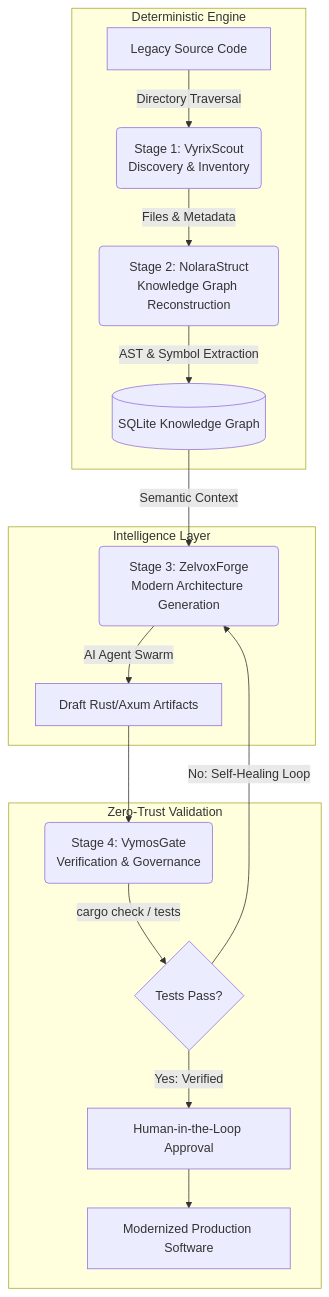
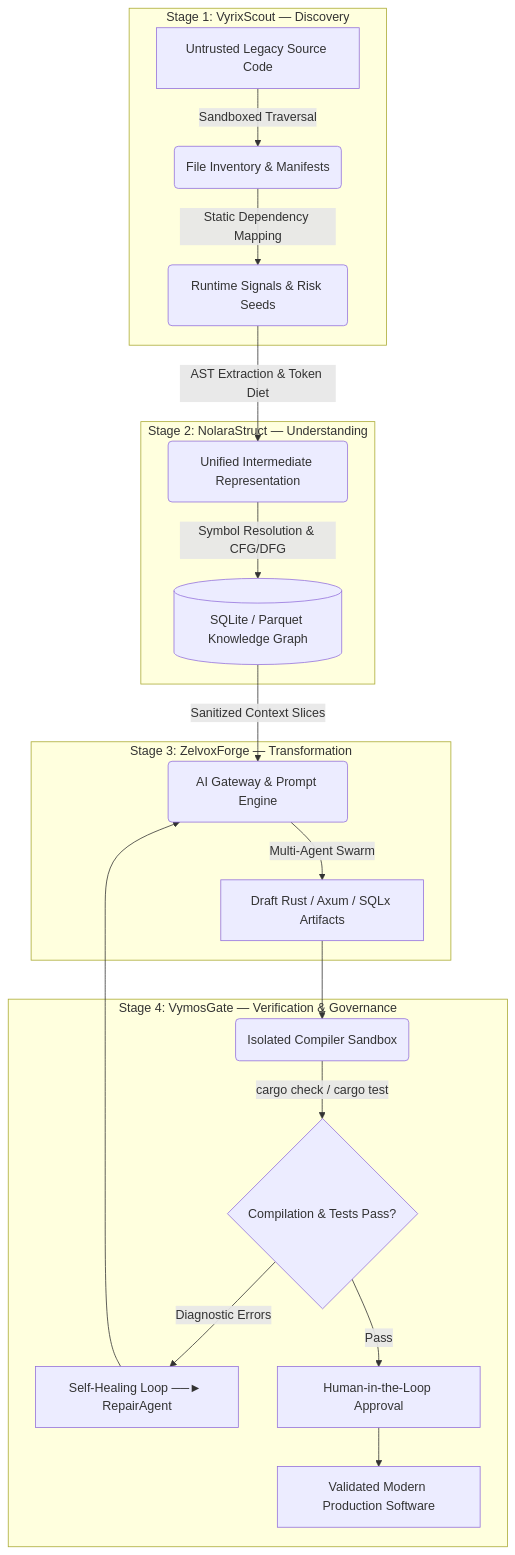
Before and after one commit to raitaskeen/LegacyExodus: the first of 6 diagrams in README.md, drawn with Mermaid. The commit also changed other lines of this file, not shown here.

````diff
--- a/README.md
+++ b/README.md
@@ -50,21 +50,26 @@
 ```mermaid
 flowchart TD
-    subgraph Deterministic Boundary [Deterministic Engine]
-        A[Legacy Source Code] -->|Directory Traversal| B(Stage 1: VyrixScout\nDiscovery & Inventory)
-        B -->|Files & Metadata| C(Stage 2: NolaraStruct\nKnowledge Graph Reconstruction)
-        C -->|AST & Symbol Extraction| D[(SQLite Knowledge Graph)]
+    subgraph Stage1 [Stage 1: VyrixScout — Discovery]
+        A[Untrusted Legacy Source Code] -->|Sandboxed Traversal| B(File Inventory & Manifests)
+        B -->|Static Dependency Mapping| C(Runtime Signals & Risk Seeds)
     end
 
-    subgraph Probabilistic Boundary [Intelligence Layer]
-        D -->|Semantic Context| E(Stage 3: ZelvoxForge\nModern Architecture Generation)
-        E -->|AI Agent Swarm| F[Draft Rust/Axum Artifacts]
+    subgraph Stage2 [Stage 2: NolaraStruct — Understanding]
+        C -->|AST Extraction & Token Diet| D(Unified Intermediate Representation)
+        D -->|Symbol Resolution & CFG/DFG| E[(SQLite / Parquet Knowledge Graph)]
     end
 
-    subgraph Governance Boundary [Zero-Trust Validation]
-        F --> G(Stage 4: VymosGate\nVerification & Governance)
-        G -->|cargo check / tests| H{Tests Pass?}
-        H -->|No: Self-Healing Loop| E
-        H -->|Yes: Verified| I[Human-in-the-Loop Approval]
-        I --> J[Modernized Production Software]
+    subgraph Stage3 [Stage 3: ZelvoxForge — Transformation]
+        E -->|Sanitized Context Slices| F(AI Gateway & Prompt Engine)
+        F -->|Multi-Agent Swarm| G[Draft Rust / Axum / SQLx Artifacts]
+    end
+
+    subgraph Stage4 [Stage 4: VymosGate — Verification & Governance]
+        G --> H(Isolated Compiler Sandbox)
+        H -->|cargo check / cargo test| I{Compilation & Tests Pass?}
+        I -->|Diagnostic Errors| J[Self-Healing Loop ──► RepairAgent]
+        J --> F
+        I -->|Pass| K[Human-in-the-Loop Approval]
+        K --> L[Validated Modern Production Software]
     end
 ```
````
